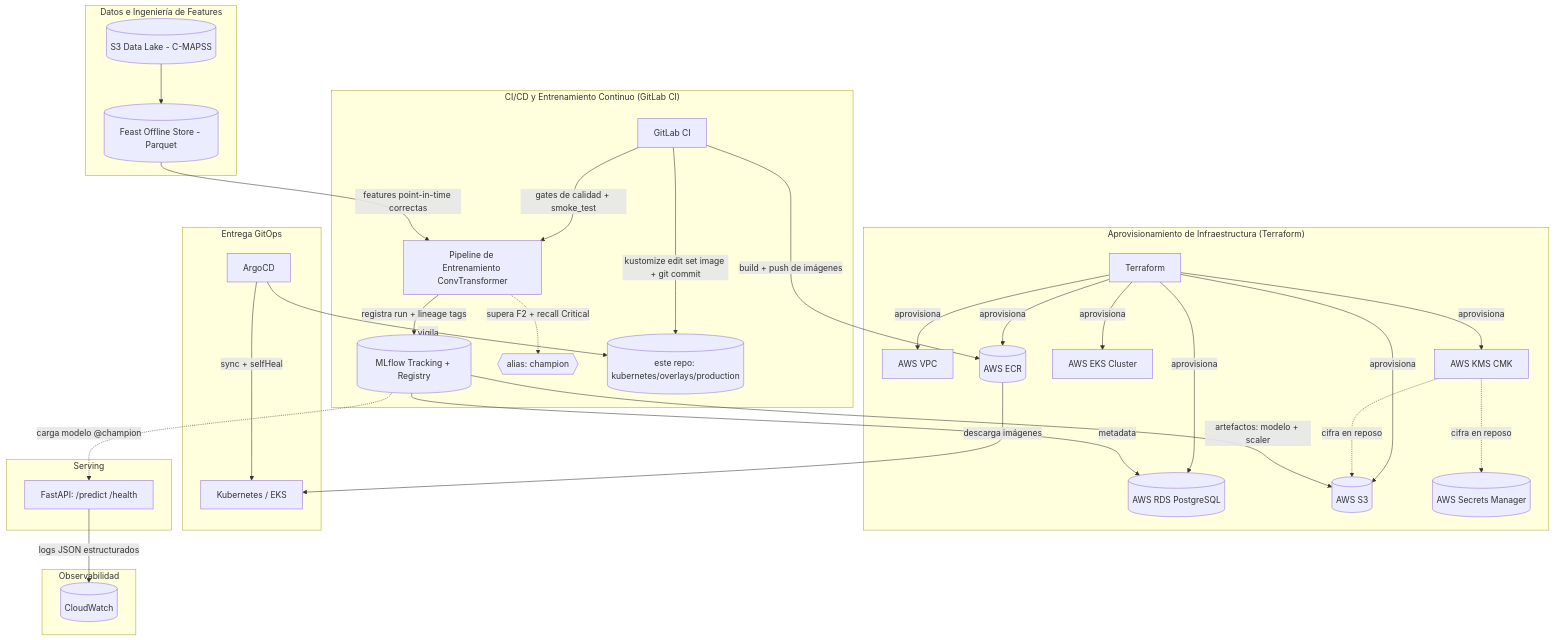
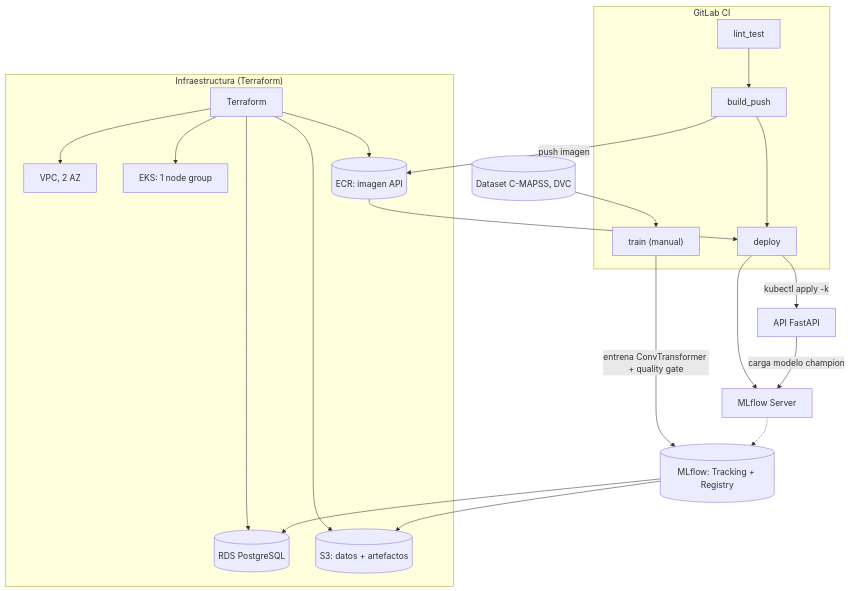
One commit to arguar13/Predictive-Maintenance-mlops changed the diagram in README_es.md. Above: the diagram before and after it, drawn with Mermaid. The commit also changed other lines of this file and 52 other files, not shown here.

````diff
--- a/README_es.md
+++ b/README_es.md
@@ -50,42 +25,27 @@
 ```mermaid
 graph TD
-    subgraph Infra["Aprovisionamiento de Infraestructura (Terraform)"]
-        TF[Terraform] -->|aprovisiona| VPC[AWS VPC]
-        TF -->|aprovisiona| KMS[AWS KMS CMK]
-        TF -->|aprovisiona| EKS[AWS EKS Cluster]
-        TF -->|aprovisiona| RDS[(AWS RDS PostgreSQL)]
-        TF -->|aprovisiona| S3B[(AWS S3)]
-        TF -->|aprovisiona| ECR[(AWS ECR)]
-        KMS -.->|cifra en reposo| S3B
-        KMS -.->|cifra en reposo| SM[(AWS Secrets Manager)]
+    subgraph Infra["Infraestructura (Terraform)"]
+        TF[Terraform] --> VPC[VPC, 2 AZ]
+        TF --> EKS[EKS: 1 node group]
+        TF --> RDS[(RDS PostgreSQL)]
+        TF --> S3[(S3: datos + artefactos)]
+        TF --> ECR[(ECR: imagen API)]
     end
 
-    subgraph Data["Datos e Ingeniería de Features"]
-        S3DATA[(S3 Data Lake - C-MAPSS)] --> FEASTOFF[(Feast Offline Store - Parquet)]
+    subgraph CI["GitLab CI"]
+        LINT[lint_test] --> BUILD[build_push]
+        BUILD --> DEPLOY[deploy]
+        TRAINJOB["train (manual)"]
     end
 
-    subgraph CICD["CI/CD y Entrenamiento Continuo (GitLab CI)"]
-        GITLAB[GitLab CI] -->|gates de calidad + smoke_test| TRAIN[Pipeline de Entrenamiento ConvTransformer]
-        FEASTOFF -->|features point-in-time correctas| TRAIN
-        TRAIN -->|registra run + lineage tags| MLFLOW[(MLflow Tracking + Registry)]
-        MLFLOW -->|metadata| RDS
-        MLFLOW -->|artefactos: modelo + scaler| S3B
-        TRAIN -.->|supera F2 + recall Critical| CHAMPION{{alias: champion}}
-        GITLAB -->|build + push de imágenes| ECR
-        GITLAB -->|kustomize edit set image + git commit| GITREPO[(este repo: kubernetes/overlays/production)]
-    end
-
-    subgraph GitOps["Entrega GitOps"]
-        ARGOCD[ArgoCD] -->|vigila| GITREPO
-        ARGOCD -->|sync + selfHeal| K8S[Kubernetes / EKS]
-        ECR -->|descarga imágenes| K8S
-    end
-
-    subgraph Serving["Serving"]
-        MLFLOW -.->|carga modelo @champion| API[FastAPI: /predict /health]
-    end
-
-    subgraph Observability["Observabilidad"]
-        API -->|logs JSON estructurados| LOGS[(CloudWatch)]
-    end
+    DVC[(Dataset C-MAPSS, DVC)] --> TRAINJOB
+    TRAINJOB -->|entrena ConvTransformer + quality gate| MLFLOW[(MLflow: Tracking + Registry)]
+    MLFLOW --> RDS
+    MLFLOW --> S3
+    BUILD -->|push imagen| ECR
+    ECR --> DEPLOY
+    DEPLOY -->|kubectl apply -k| API[API FastAPI]
+    DEPLOY --> MLFLOWSVC[MLflow Server]
+    API -->|carga modelo champion| MLFLOWSVC
+    MLFLOWSVC -.-> MLFLOW
 ```
````
